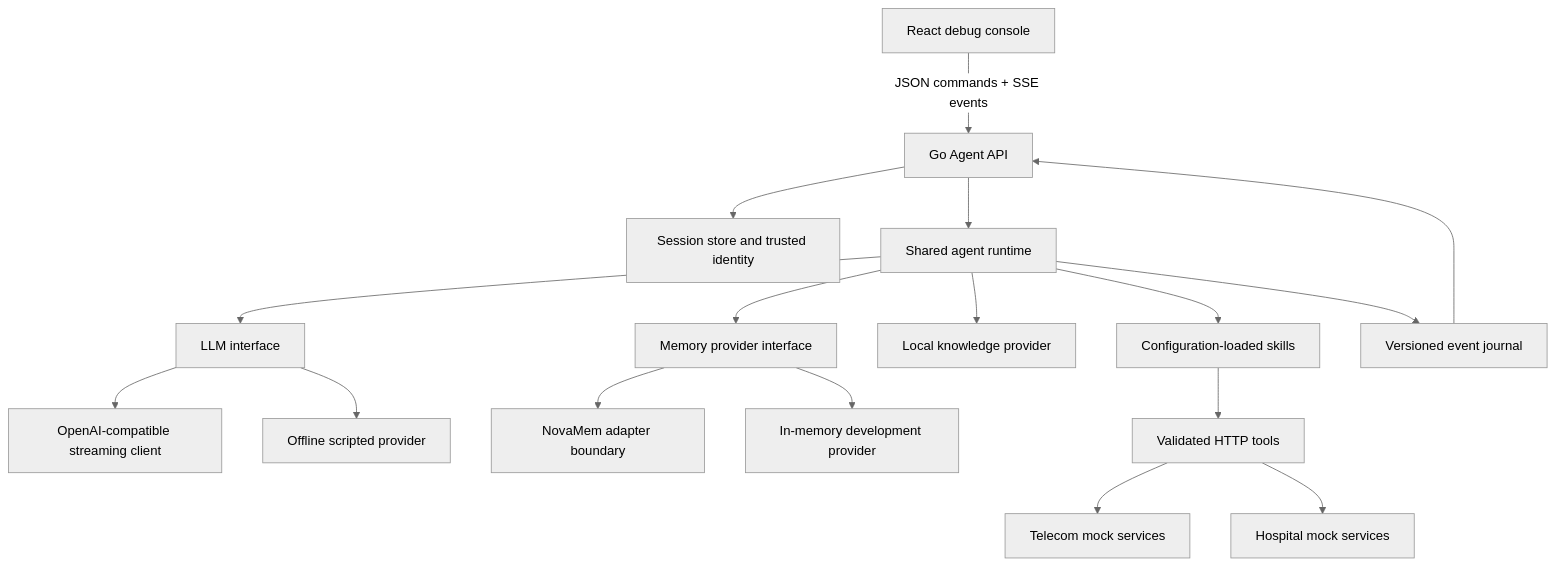
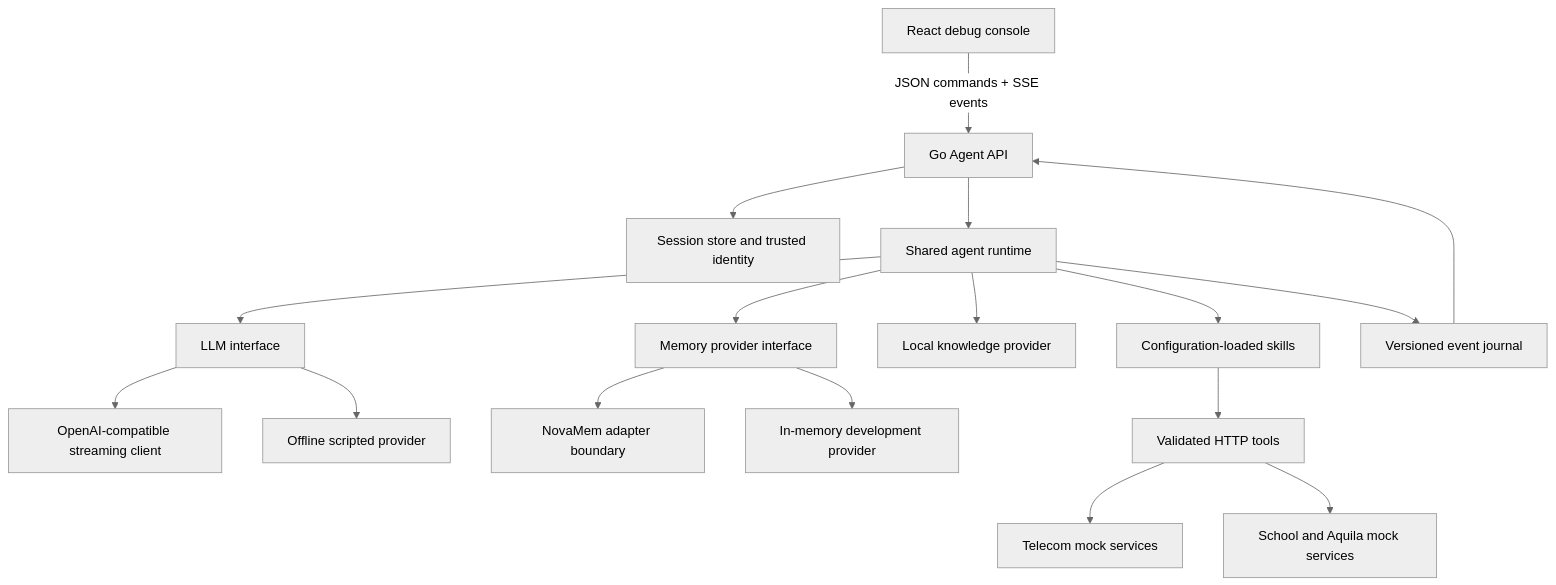
Before and after one commit to piwi3910/talking-agent: the diagram in docs/architecture.md, drawn with Mermaid (neutral theme). The commit also changed other lines of this file and 42 other files, not shown here.

First line of the commit message:
Remove the hospital agent (Maya, Crescent Hospital) and its mock backend, tests and docs

````diff
--- a/docs/architecture.md
+++ b/docs/architecture.md
@@ -3,19 +3,19 @@
 ```mermaid
 flowchart TD
   UI[React debug console] -->|JSON commands + SSE events| API[Go Agent API]
   API --> Session[Session store and trusted identity]
   API --> Runtime[Shared agent runtime]
   Runtime --> Model[LLM interface]
   Model --> Compatible[OpenAI-compatible streaming client]
   Model --> Demo[Offline scripted provider]
   Runtime --> Memory[Memory provider interface]
   Memory --> Nova[NovaMem adapter boundary]
   Memory --> Dev[In-memory development provider]
   Runtime --> Knowledge[Local knowledge provider]
   Runtime --> Skills[Configuration-loaded skills]
   Skills --> Tools[Validated HTTP tools]
   Tools --> Telecom[Telecom mock services]
-  Tools --> Hospital[Hospital mock services]
+  Tools --> School[School and Aquila mock services]
   Runtime --> Events[Versioned event journal]
   Events --> API
 ```
````
